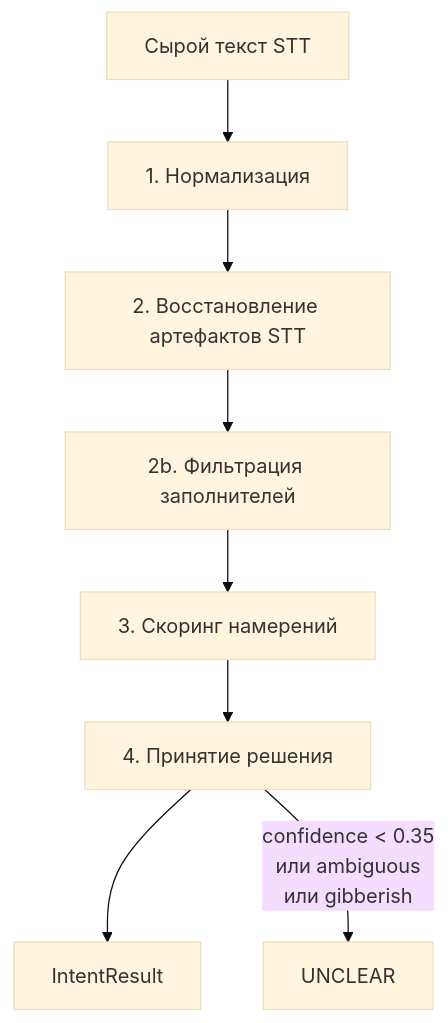
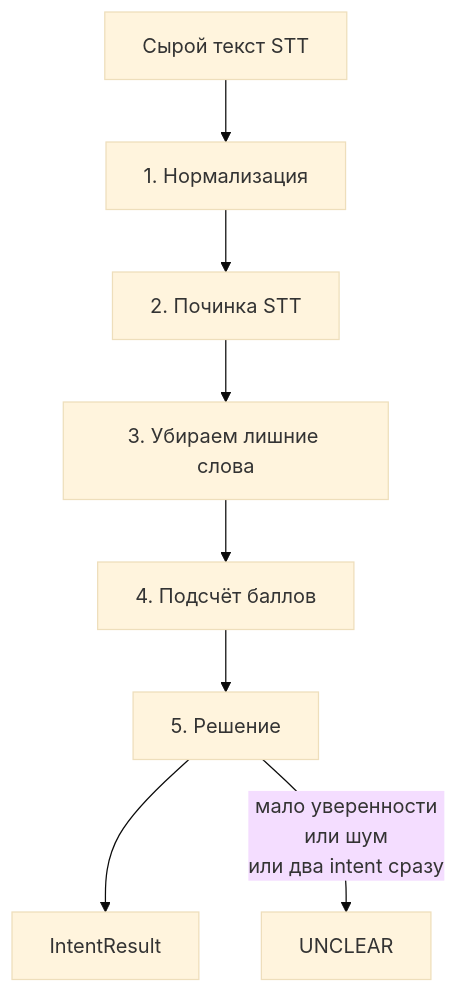
The diagram in docs/pipeline.md (onlyzoran/medzvon-js), drawn with Mermaid (base theme) before and after one commit. The commit also changed other lines of this file and 2 other files, not shown here.

````diff
--- a/docs/pipeline.md
+++ b/docs/pipeline.md
@@ -5,10 +5,10 @@
 ```mermaid
 flowchart TD
     rawInput["Сырой текст STT"] --> normalize["1. Нормализация"]
-    normalize --> repair["2. Восстановление артефактов STT"]
-    repair --> filterStop["2b. Фильтрация заполнителей"]
-    filterStop --> score["3. Скоринг намерений"]
-    score --> decide["4. Принятие решения"]
+    normalize --> repair["2. Починка STT"]
+    repair --> filterStop["3. Убираем лишние слова"]
+    filterStop --> score["4. Подсчёт баллов"]
+    score --> decide["5. Решение"]
     decide --> result["IntentResult"]
-    decide -->|"confidence < 0.35\nили ambiguous\nили gibberish"| unclear["UNCLEAR"]
+    decide -->|"мало уверенности\nили шум\nили два intent сразу"| unclear["UNCLEAR"]
 ```
````
